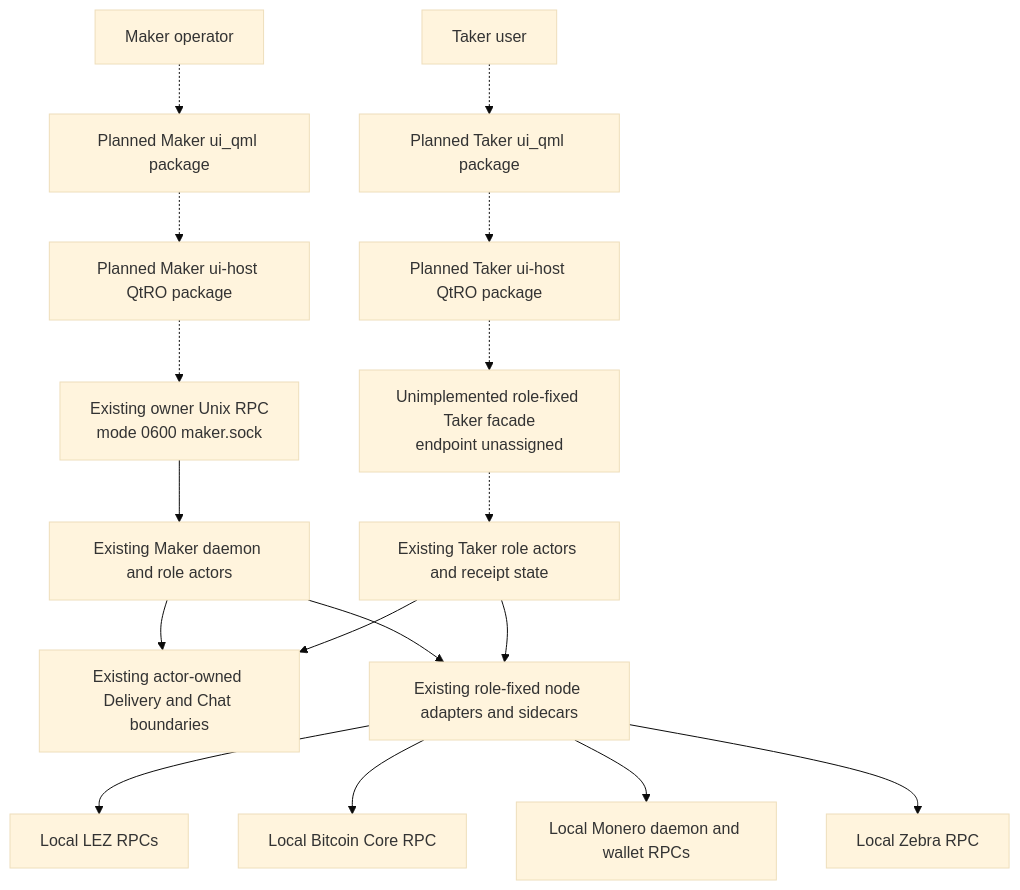
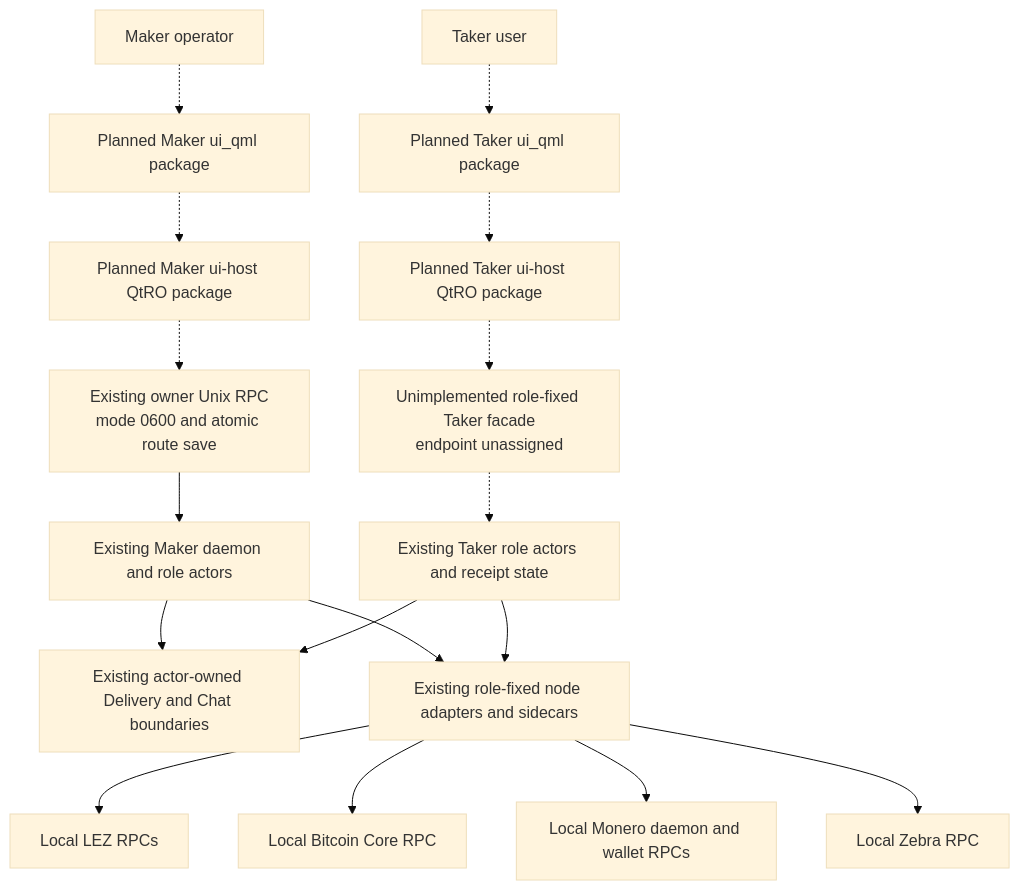
One commit to gateway-fm/lez-atomic-swaps changed the second of 24 diagrams in docs/architecture/deployment-components-and-rpcs.md. Above: the diagram before and after it, drawn with Mermaid (base theme). The commit also changed other lines of this file and 8 other files, not shown here.

Commit message:
docs(m6): record atomic maker route boundary

````diff
--- a/docs/architecture/deployment-components-and-rpcs.md
+++ b/docs/architecture/deployment-components-and-rpcs.md
@@ -56,21 +64,21 @@
 ```mermaid
 flowchart TB
     Maker["Maker operator"] -.-> MakerQml["Planned Maker ui_qml package"]
     MakerQml -.-> MakerHost["Planned Maker ui-host QtRO package"]
-    MakerHost -.-> OwnerRpc["Existing owner Unix RPC<br/>mode 0600 maker.sock"]
+    MakerHost -.-> OwnerRpc["Existing owner Unix RPC<br/>mode 0600 and atomic route save"]
     OwnerRpc --> MakerDaemon["Existing Maker daemon and role actors"]
 
     Taker["Taker user"] -.-> TakerQml["Planned Taker ui_qml package"]
     TakerQml -.-> TakerHost["Planned Taker ui-host QtRO package"]
     TakerHost -.-> TakerFacade["Unimplemented role-fixed Taker facade<br/>endpoint unassigned"]
     TakerFacade -.-> TakerActors["Existing Taker role actors and receipt state"]
 
     MakerDaemon --> DeliveryChat["Existing actor-owned Delivery and Chat boundaries"]
     TakerActors --> DeliveryChat
     MakerDaemon --> NodeAdapters["Existing role-fixed node adapters and sidecars"]
     TakerActors --> NodeAdapters
     NodeAdapters --> Lez["Local LEZ RPCs"]
     NodeAdapters --> Bitcoin["Local Bitcoin Core RPC"]
     NodeAdapters --> Monero["Local Monero daemon and wallet RPCs"]
     NodeAdapters --> Zcash["Local Zebra RPC"]
 ```
````
